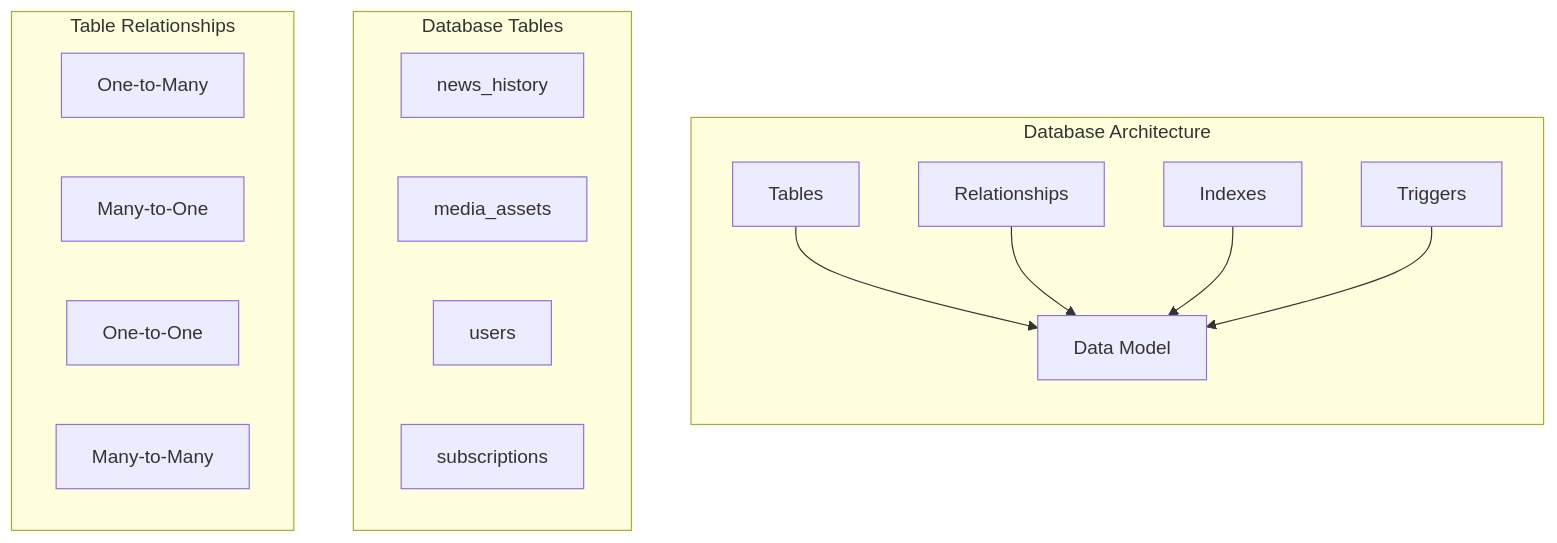
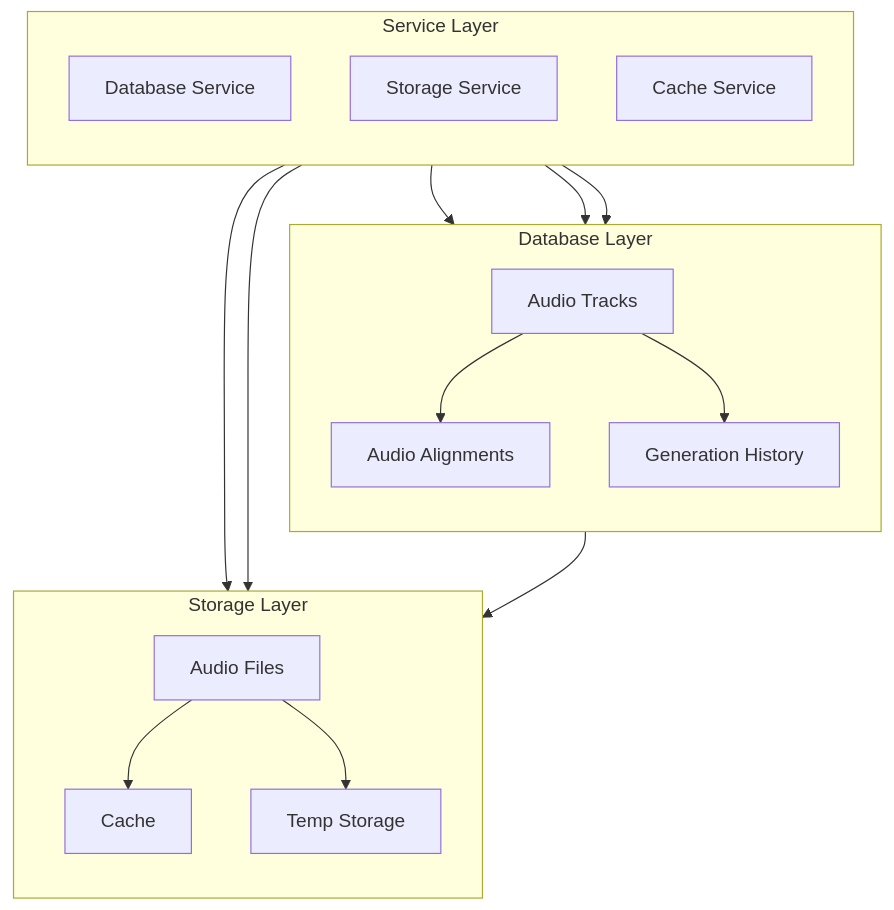
The first of 11 diagrams in docs/database.md (moisestech/ai24-news), drawn with Mermaid before and after one commit. The commit also changed other lines of this file and 8 other files, not shown here.

````diff
--- a/docs/database.md
+++ b/docs/database.md
@@ -7,31 +130,36 @@
 ```mermaid
 graph TD
-    subgraph Database["Database Architecture"]
+    subgraph Database["Database Layer"]
         direction TB
-        A[Tables]:::table
-        B[Relationships]:::relation
-        C[Indexes]:::index
-        D[Triggers]:::trigger
+        A[Audio Tracks]:::table
+        B[Audio Alignments]:::table
+        C[Generation History]:::table
         
-        A --> E[Data Model]
-        B --> E
-        C --> E
-        D --> E
+        A --> B
+        A --> C
     end
 
-    subgraph Tables["Database Tables"]
-        direction LR
-        F[news_history]:::table
-        G[media_assets]:::table
-        H[users]:::table
-        I[subscriptions]:::table
+    subgraph Storage["Storage Layer"]
+        direction TB
+        D[Audio Files]:::storage
+        E[Cache]:::storage
+        F[Temp Storage]:::storage
+        
+        A --> D
+        D --> E
+        D --> F
     end
 
-    subgraph Relations["Table Relationships"]
-        direction LR
-        J[One-to-Many]:::relation
-        K[Many-to-One]:::relation
-        L[One-to-One]:::relation
-        M[Many-to-Many]:::relation
+    subgraph Services["Service Layer"]
+        direction TB
+        G[Database Service]:::service
+        H[Storage Service]:::service
+        I[Cache Service]:::service
+        
+        G --> A
+        G --> B
+        G --> C
+        H --> D
+        I --> E
     end
 ```
````
